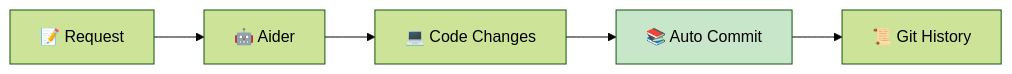
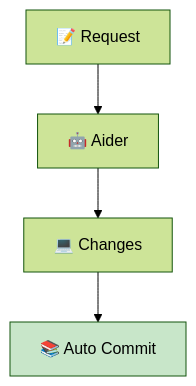
The third of 5 diagrams in website/content/papers/ai-dlc-2026/runbooks/tooling/aider.md (TheBushidoCollective/han), drawn with Mermaid (forest theme) before and after one commit. The commit also changed other lines of this file and 21 other files, not shown here.

First line of the commit message:
fix(website): convert all AI-DLC runbook Mermaid diagrams to TB layout

````diff
--- a/website/content/papers/ai-dlc-2026/runbooks/tooling/aider.md
+++ b/website/content/papers/ai-dlc-2026/runbooks/tooling/aider.md
@@ -155,9 +151,8 @@
 ```mermaid
-flowchart LR
+flowchart TB
     Request[📝 Request] --> Aider[🤖 Aider]
-    Aider --> Code[💻 Code Changes]
+    Aider --> Code[💻 Changes]
     Code --> Commit[📚 Auto Commit]
-    Commit --> History[📜 Git History]
 
     style Commit fill:#c8e6c9
 ```
````
